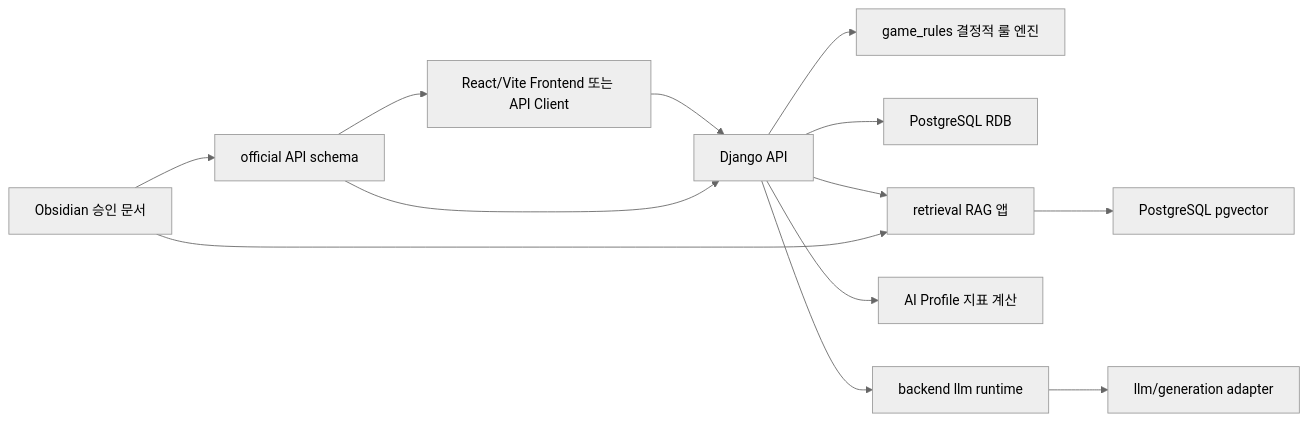
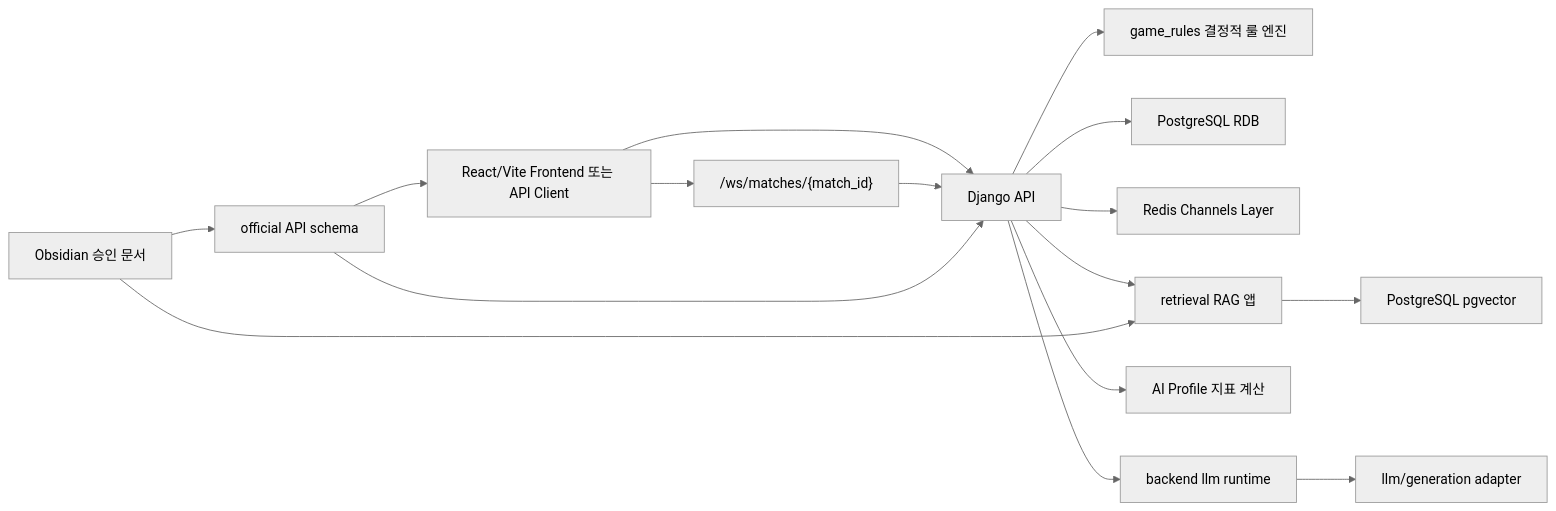
The first of 5 diagrams in README.md (SKNETWORKS-FAMILY-AICAMP/SKN27-4th-3team), drawn with Mermaid (neutral theme) before and after one commit. The commit also changed other lines of this file and 42 other files, not shown here.

````diff
--- a/README.md
+++ b/README.md
@@ -206,15 +229,18 @@
 ```mermaid
 flowchart LR
     Client["React/Vite Frontend 또는 API Client"] --> API["Django API"]
+    Client --> WS["/ws/matches/{match_id}"]
+    WS --> API
     API --> Rules["game_rules 결정적 룰 엔진"]
     API --> RDB["PostgreSQL RDB"]
+    API --> Redis["Redis Channels Layer"]
     API --> Retrieval["retrieval RAG 앱"]
     Retrieval --> Vector["PostgreSQL pgvector"]
     API --> Profile["AI Profile 지표 계산"]
     API --> LLMRuntime["backend llm runtime"]
     LLMRuntime --> LLMAdapter["llm/generation adapter"]
     Docs["Obsidian 승인 문서"] --> Retrieval
     Docs --> APIContract["official API schema"]
     APIContract --> API
     APIContract --> Client
 ```
````
